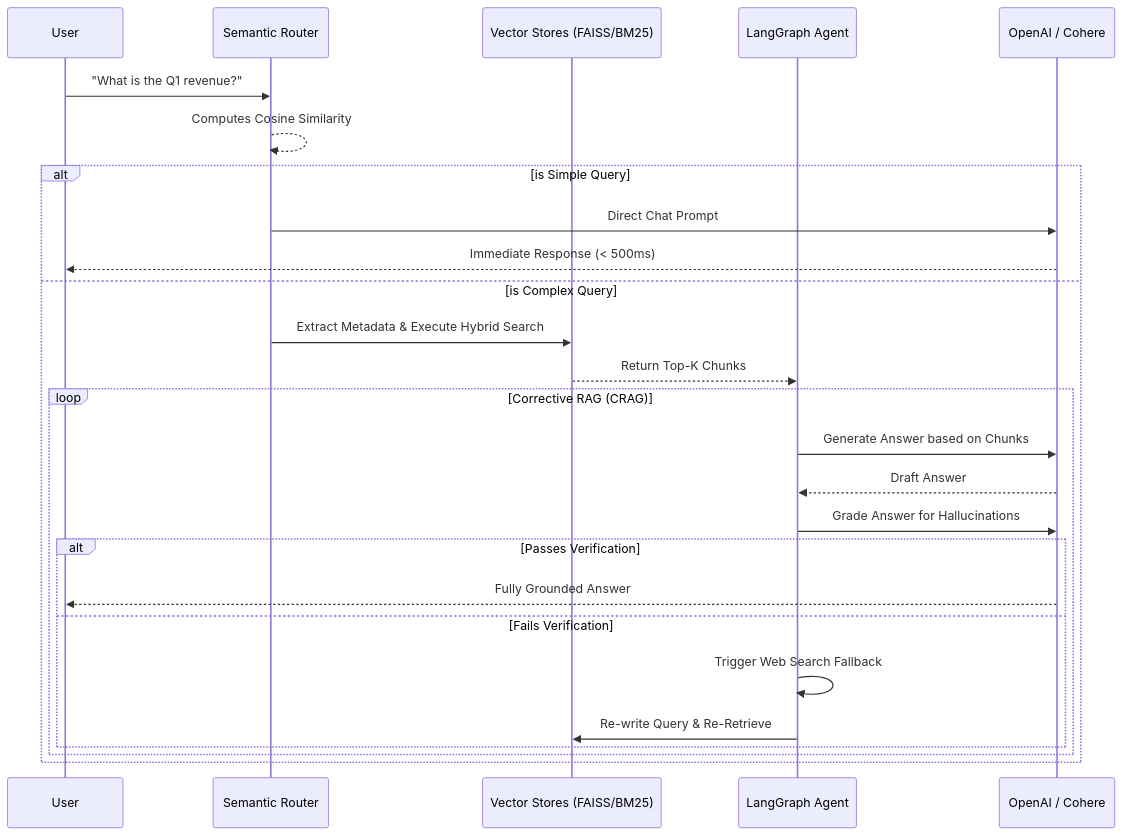
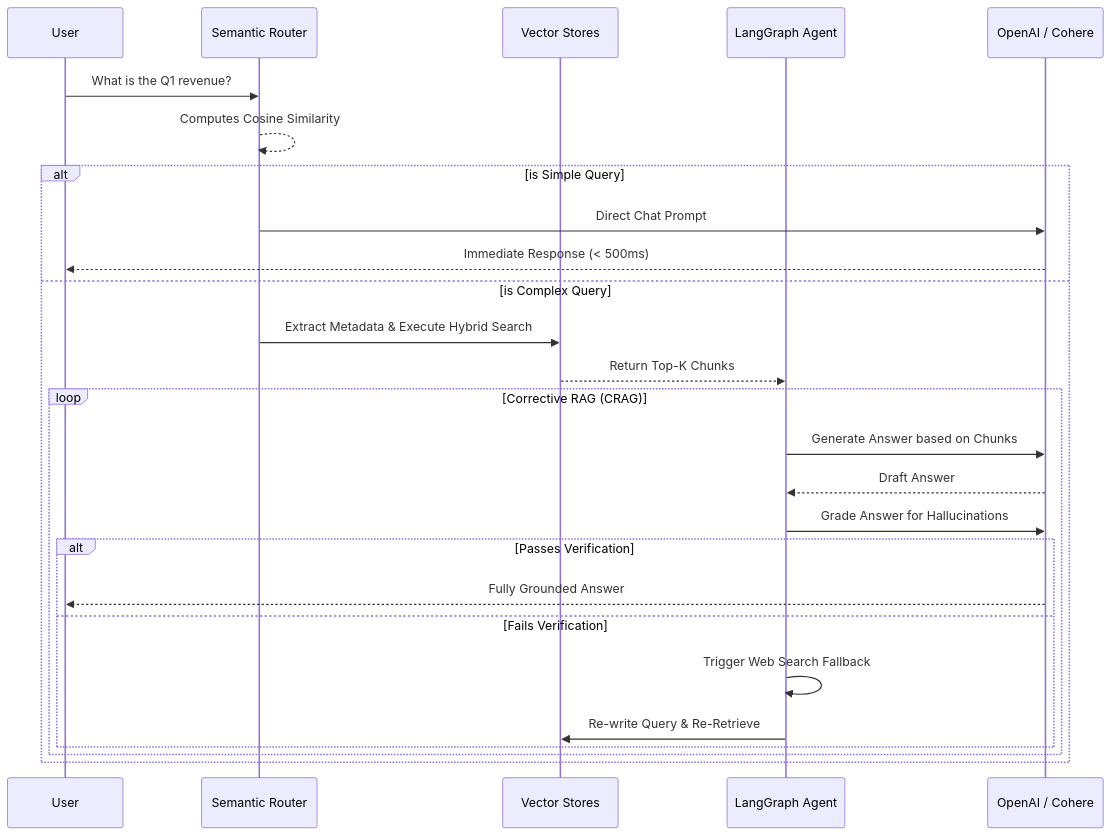
Before and after one commit to Sh1vaay/RAG: the second of 2 diagrams in README.md, drawn with Mermaid. The commit also changed other lines of this file, not shown here.

Commit message:
docs: generalize readme and fix mermaid diagram syntax

````diff
--- a/README.md
+++ b/README.md
@@ -73,32 +73,32 @@
 ```mermaid
 sequenceDiagram
     participant User
     participant Router as Semantic Router
-    participant DB as Vector Stores (FAISS/BM25)
+    participant DB as Vector Stores
     participant Agent as LangGraph Agent
     participant LLM as OpenAI / Cohere
     
-    User->>Router: "What is the Q1 revenue?"
+    User->>Router: What is the Q1 revenue?
     Router-->>Router: Computes Cosine Similarity
     
     alt is Simple Query
         Router->>LLM: Direct Chat Prompt
         LLM-->>User: Immediate Response (< 500ms)
     else is Complex Query
         Router->>DB: Extract Metadata & Execute Hybrid Search
         DB-->>Agent: Return Top-K Chunks
         
         loop Corrective RAG (CRAG)
             Agent->>LLM: Generate Answer based on Chunks
             LLM-->>Agent: Draft Answer
             Agent->>LLM: Grade Answer for Hallucinations
             
             alt Passes Verification
                 LLM-->>User: Fully Grounded Answer
             else Fails Verification
                 Agent->>Agent: Trigger Web Search Fallback
                 Agent->>DB: Re-write Query & Re-Retrieve
             end
         end
     end
 ```
````
